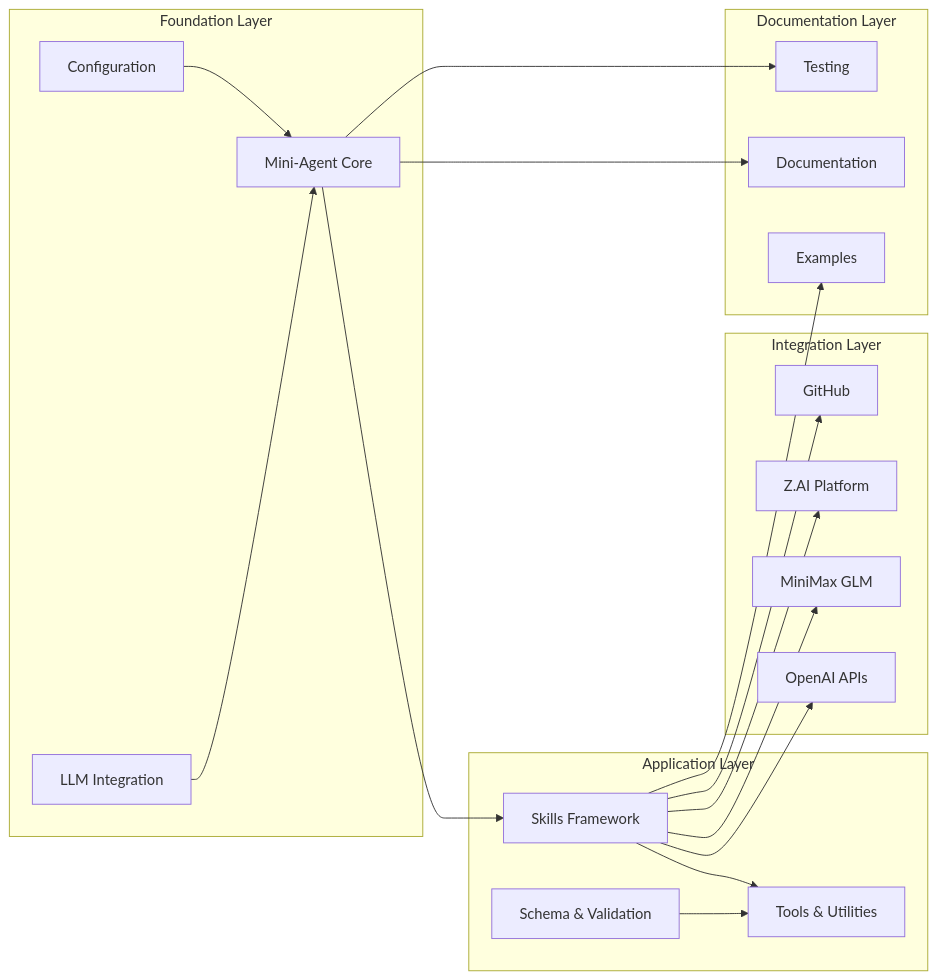
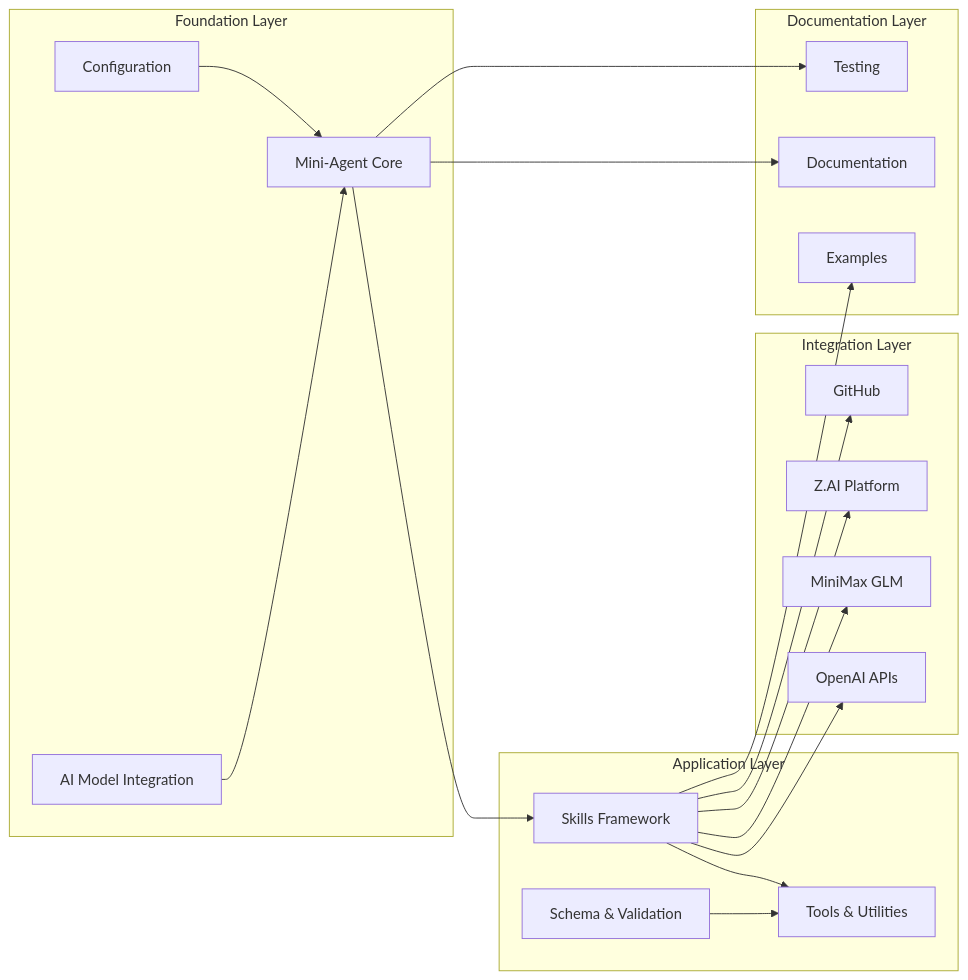
One commit to Zazzles2908/Mini-Agent_ACP changed the fourth of 6 diagrams in documents/VISUALS/02_MERMAID_DIAGRAMS.md. Above: the diagram before and after it, drawn with Mermaid. The commit also changed 164 other files, not shown here.

````diff
--- a/documents/VISUALS/02_MERMAID_DIAGRAMS.md
+++ b/documents/VISUALS/02_MERMAID_DIAGRAMS.md
@@ -188,43 +188,43 @@
 ```mermaid
 graph LR
     subgraph "Foundation Layer"
         CORE[Mini-Agent Core]
         CONFIG[Configuration]
-        LLM[LLM Integration]
+        LLM[AI Model Integration]
     end
     
     subgraph "Application Layer"
         SKILLS[Skills Framework]
         TOOLS[Tools & Utilities]
         SCHEMA[Schema & Validation]
     end
     
     subgraph "Integration Layer"
         OPENAI[OpenAI APIs]
         MINIMAX[MiniMax GLM]
         ZAI[Z.AI Platform]
         GITHUB[GitHub]
     end
     
     subgraph "Documentation Layer"
         DOCS[Documentation]
         EXAMPLES[Examples]
         TESTS[Testing]
     end
     
     CORE --> SKILLS
     CONFIG --> CORE
     LLM --> CORE
     
     SKILLS --> TOOLS
     SCHEMA --> TOOLS
     
     SKILLS --> OPENAI
     SKILLS --> MINIMAX
     SKILLS --> ZAI
     SKILLS --> GITHUB
     
     CORE --> DOCS
     SKILLS --> EXAMPLES
     CORE --> TESTS
 ```
````
